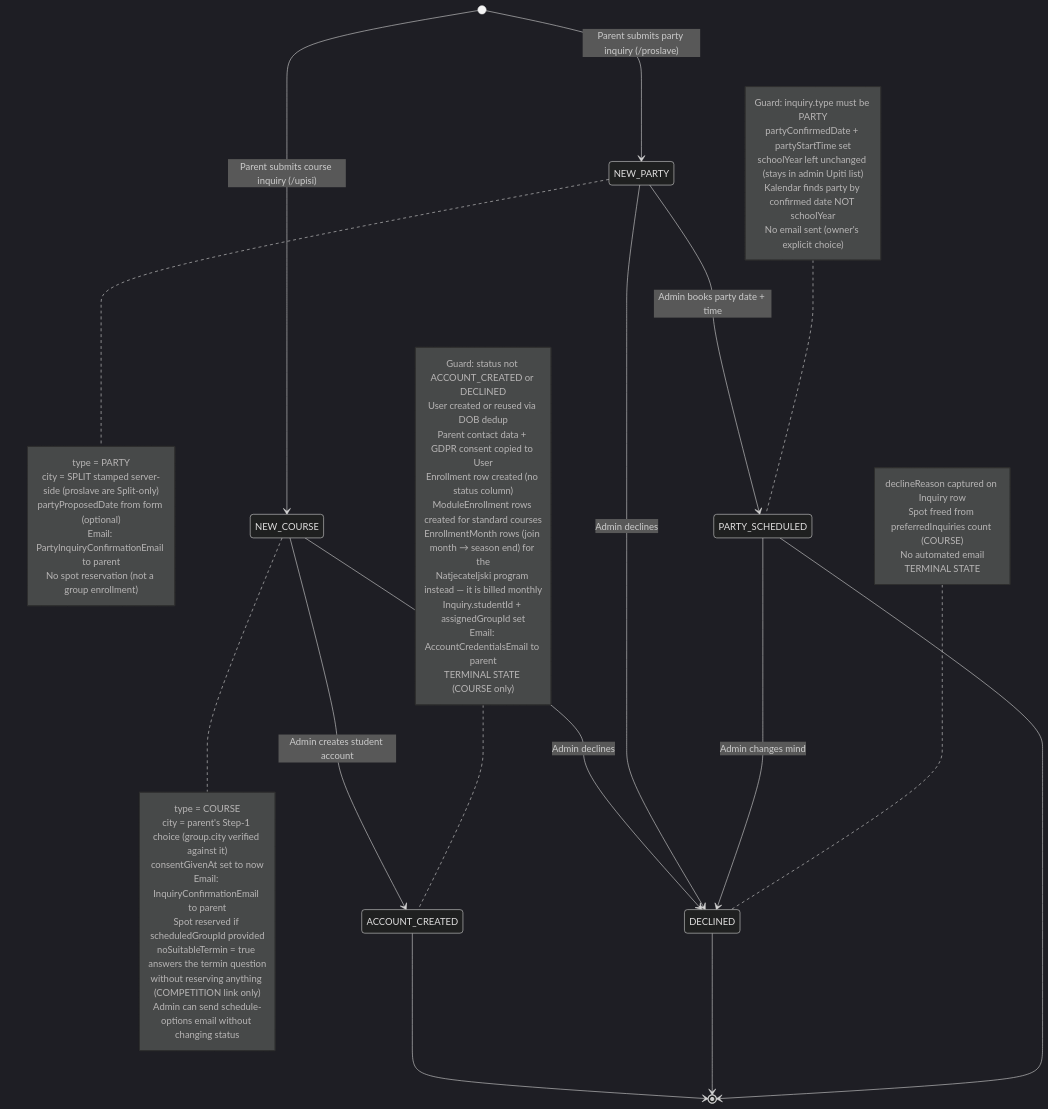
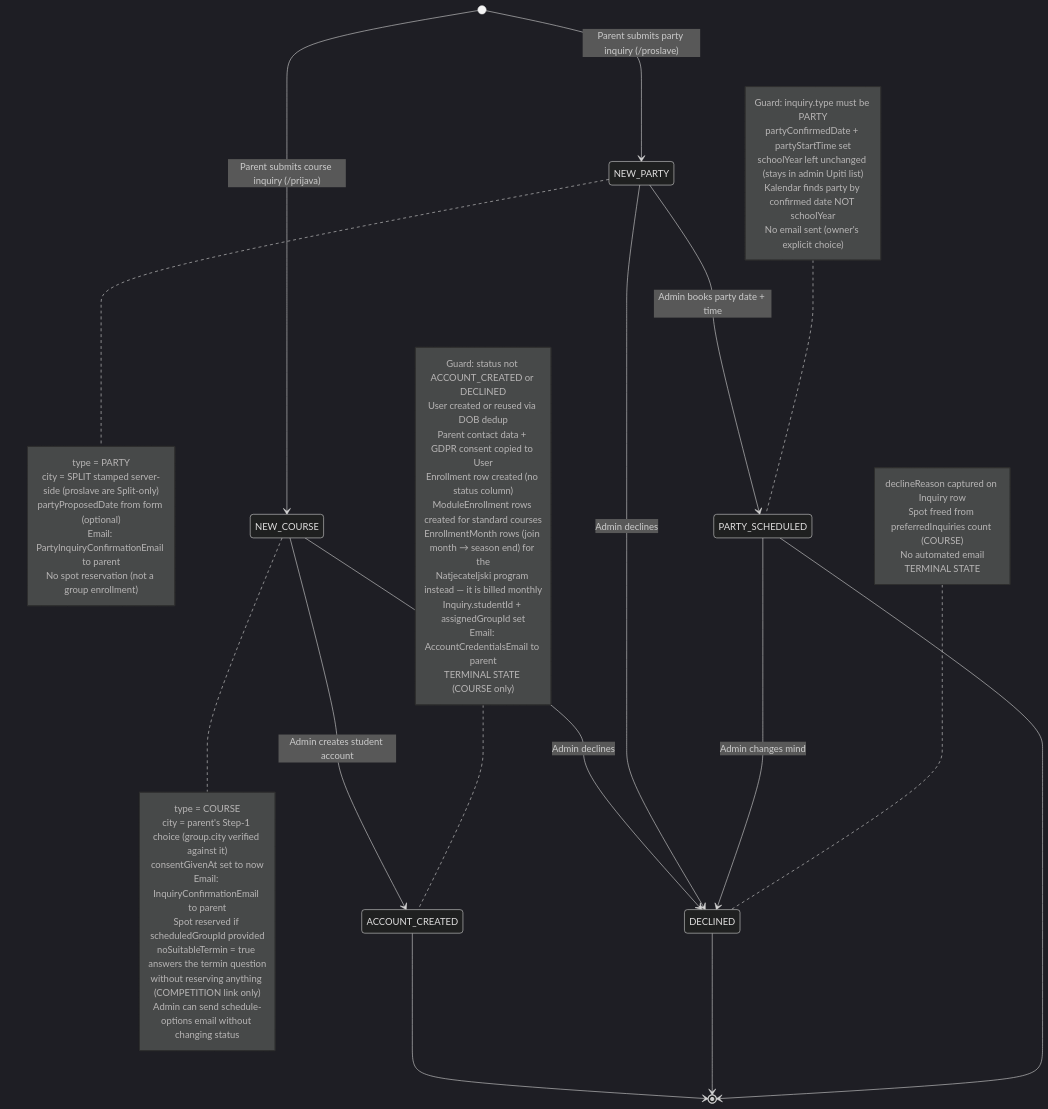
One commit to jpucic00/inovatic changed the first of 15 diagrams in docs/diagrams/enrollment-rules.md. Above: the diagram before and after it, drawn with Mermaid (dark theme). The commit also changed other lines of this file and 72 other files, not shown here.

````diff
--- a/docs/diagrams/enrollment-rules.md
+++ b/docs/diagrams/enrollment-rules.md
@@ -13,64 +13,64 @@
 ```mermaid
 stateDiagram-v2
-    [*] --> NEW_COURSE: Parent submits course inquiry (/upisi)
+    [*] --> NEW_COURSE: Parent submits course inquiry (/prijava)
     [*] --> NEW_PARTY: Parent submits party inquiry (/proslave)
 
     NEW_COURSE --> ACCOUNT_CREATED: Admin creates student account
     NEW_COURSE --> DECLINED: Admin declines
 
     NEW_PARTY --> PARTY_SCHEDULED: Admin books party date + time
     NEW_PARTY --> DECLINED: Admin declines
 
     PARTY_SCHEDULED --> DECLINED: Admin changes mind
 
     ACCOUNT_CREATED --> [*]
     DECLINED --> [*]
     PARTY_SCHEDULED --> [*]
 
     note right of NEW_COURSE
         type = COURSE
         city = parent's Step-1 choice (group.city verified against it)
         consentGivenAt set to now
         Email: InquiryConfirmationEmail to parent
         Spot reserved if scheduledGroupId provided
         noSuitableTermin = true answers the termin question
         without reserving anything (COMPETITION link only)
         Admin can send schedule-options email without changing status
     end note
 
     note right of NEW_PARTY
         type = PARTY
         city = SPLIT stamped server-side (proslave are Split-only)
         partyProposedDate from form (optional)
         Email: PartyInquiryConfirmationEmail to parent
         No spot reservation (not a group enrollment)
     end note
 
     note left of ACCOUNT_CREATED
         Guard: status not ACCOUNT_CREATED or DECLINED
         User created or reused via DOB dedup
         Parent contact data + GDPR consent copied to User
         Enrollment row created (no status column)
         ModuleEnrollment rows created for standard courses
         EnrollmentMonth rows (join month → season end) for the
         Natjecateljski program instead — it is billed monthly
         Inquiry.studentId + assignedGroupId set
         Email: AccountCredentialsEmail to parent
         TERMINAL STATE (COURSE only)
     end note
 
     note left of PARTY_SCHEDULED
         Guard: inquiry.type must be PARTY
         partyConfirmedDate + partyStartTime set
         schoolYear left unchanged (stays in admin Upiti list)
         Kalendar finds party by confirmed date NOT schoolYear
         No email sent (owner's explicit choice)
     end note
 
     note left of DECLINED
         declineReason captured on Inquiry row
         Spot freed from preferredInquiries count (COURSE)
         No automated email
         TERMINAL STATE
     end note
 ```
````
